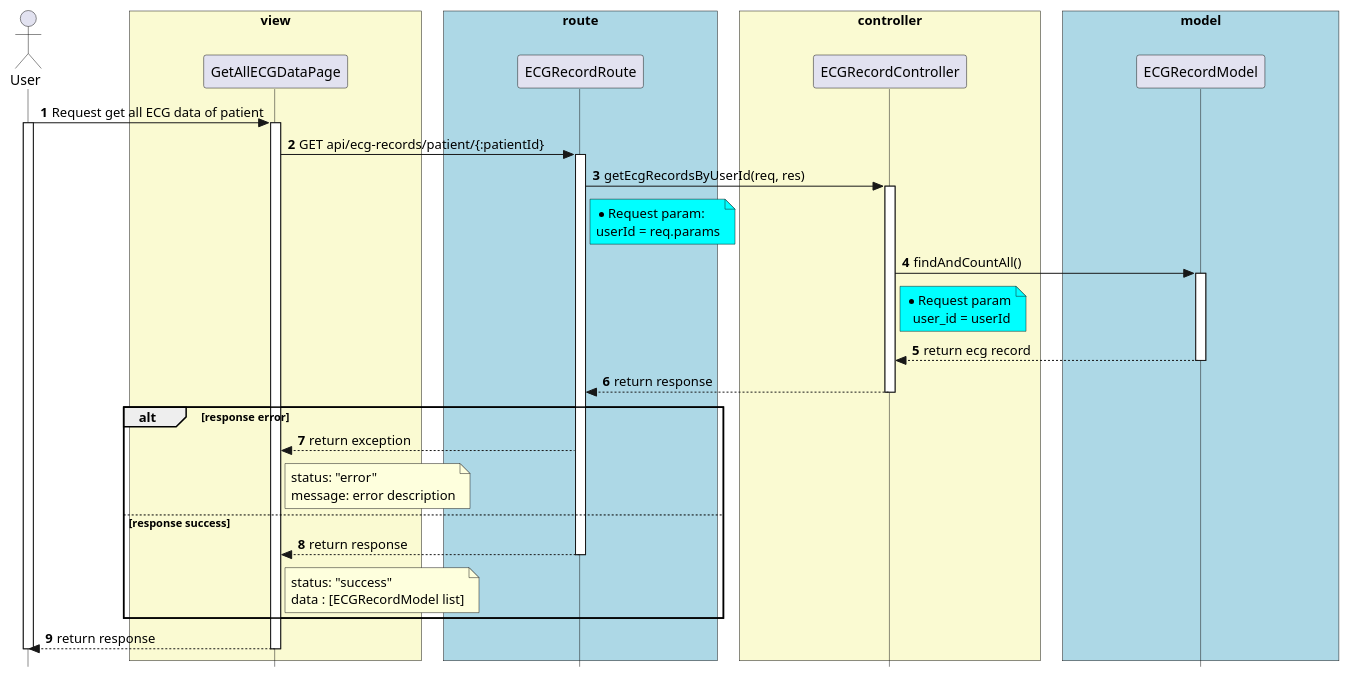
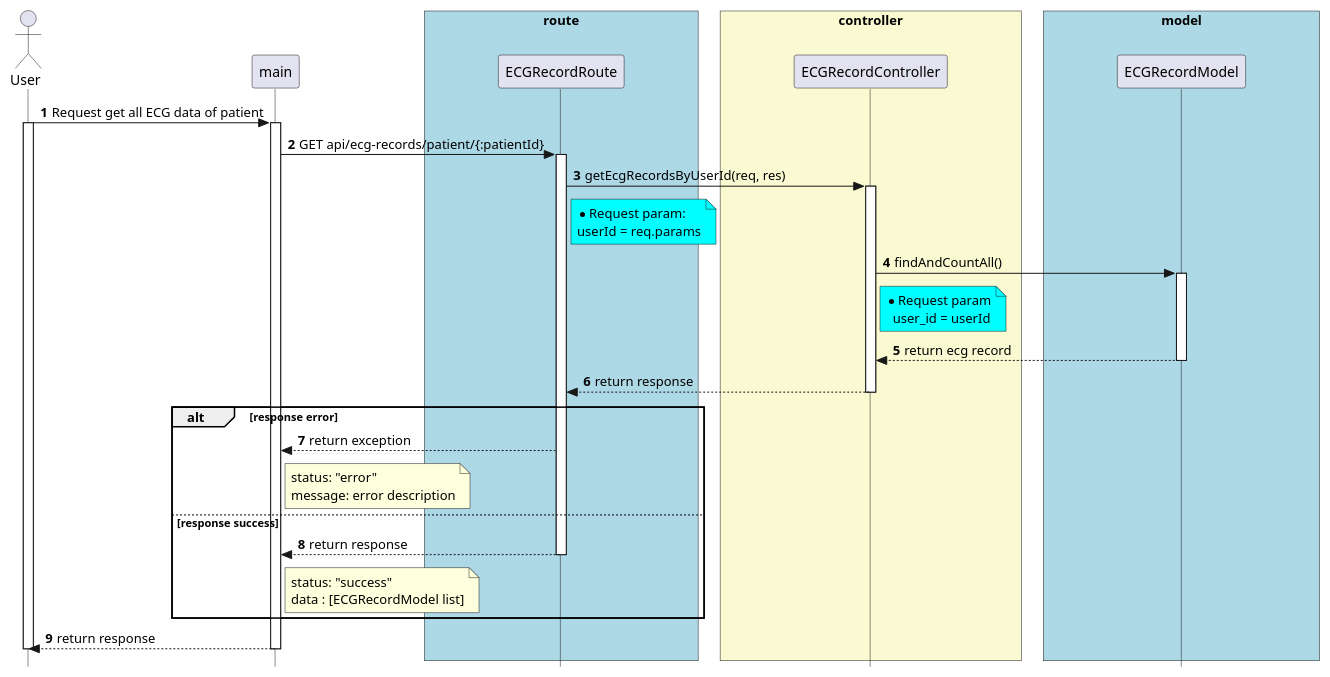
One commit to techcomrade/fmECG changed the diagram in diagram/sequence/API/ecgRecords/getEcgRecordsByUserId.pu. Above: the diagram before and after it, drawn with PlantUML. The commit also changed 75 other files, not shown here.

```diff
--- a/diagram/sequence/API/ecgRecords/getEcgRecordsByUserId.pu
+++ b/diagram/sequence/API/ecgRecords/getEcgRecordsByUserId.pu
@@ -3,93 +3,91 @@
 @startuml
 
 
 skinparam style strictuml
 
 skinparam lifelineStrategy solid
 
 skinparam ParticipantPadding 70
 
 skinparam BoxPadding 10
 
 autonumber
 
 actor User as User
 
-box "view" #LightGoldenRodYellow
 
-participant GetAllECGDataPage as GetAllECGDataPage
+participant main as main
 
-end box
 
 box "route" #lightBlue
 
 participant ECGRecordRoute as ECGRecordRoute
 
 end box
 
 
 box "controller" #LightGoldenRodYellow
 participant ECGRecordController as ECGRecordController
 
 end box
 
 
 box "model" #lightBlue
 participant ECGRecordModel as ECGRecordModel
 
 end box
 
 
-User -> GetAllECGDataPage: Request get all ECG data of patient
+User -> main: Request get all ECG data of patient
 activate User
-activate GetAllECGDataPage
+activate main
 
-GetAllECGDataPage -> ECGRecordRoute: GET api/ecg-records/patient/{:patientId}
+main -> ECGRecordRoute: GET api/ecg-records/patient/{:patientId}
 activate ECGRecordRoute
 
 
 ECGRecordRoute -> ECGRecordController: getEcgRecordsByUserId(req, res)
 activate ECGRecordController
 
 note right of ECGRecordRoute #Aqua
   * Request param:
   userId = req.params
 end note
 
 
 ECGRecordController -> ECGRecordModel: findAndCountAll()
 note right of ECGRecordController #Aqua
   * Request param
     user_id = userId
 end note
 
 activate ECGRecordModel
 
 ECGRecordModel --> ECGRecordController: return ecg record
 
 deactivate ECGRecordModel
 
 ECGRecordController --> ECGRecordRoute: return response
 
 deactivate ECGRecordController
 
 alt response error
-  ECGRecordRoute --> GetAllECGDataPage: return exception
-  note right of GetAllECGDataPage
+  ECGRecordRoute --> main: return exception
+  note right of main
     status: "error"
     message: error description
   end note
 else response success
-  ECGRecordRoute --> GetAllECGDataPage: return response
+  ECGRecordRoute --> main: return response
   deactivate ECGRecordRoute
 
-  note right of GetAllECGDataPage
+  note right of main
     status: "success"
     data : [ECGRecordModel list]
   end note
 end
-GetAllECGDataPage --> User: return response
-deactivate GetAllECGDataPage
+main --> User: return response
+deactivate main
 deactivate User
 
 @enduml
```
